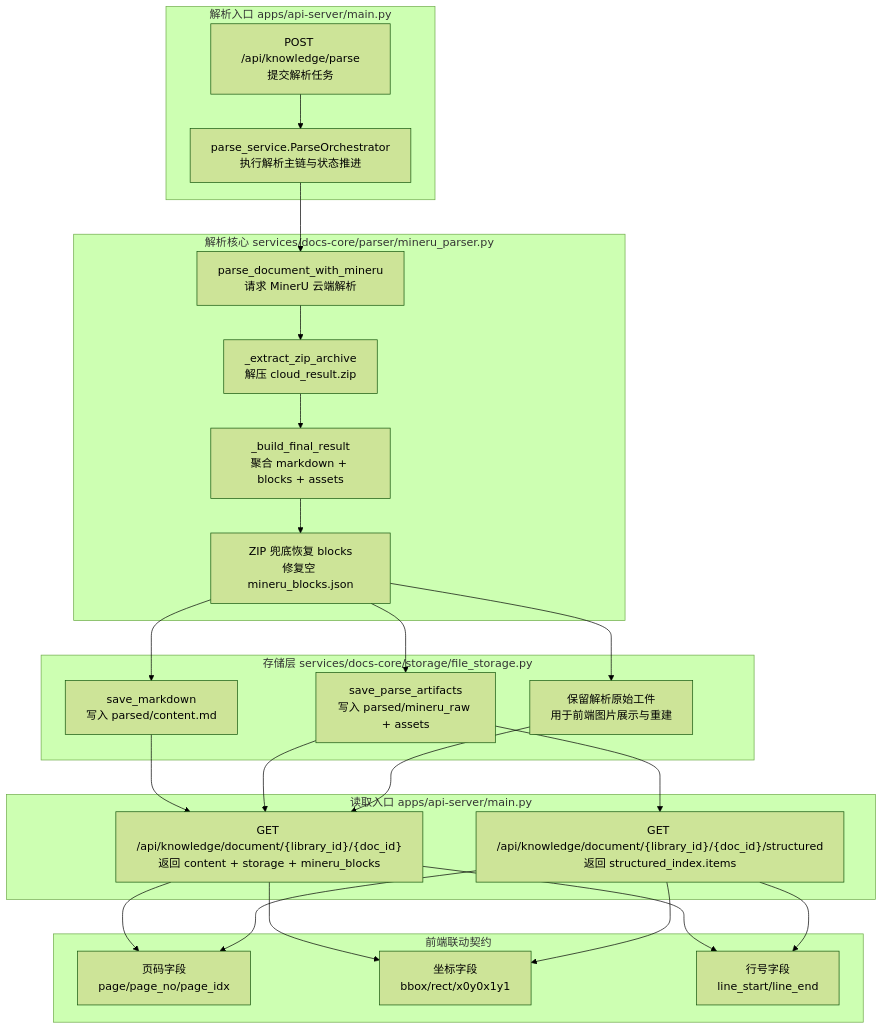
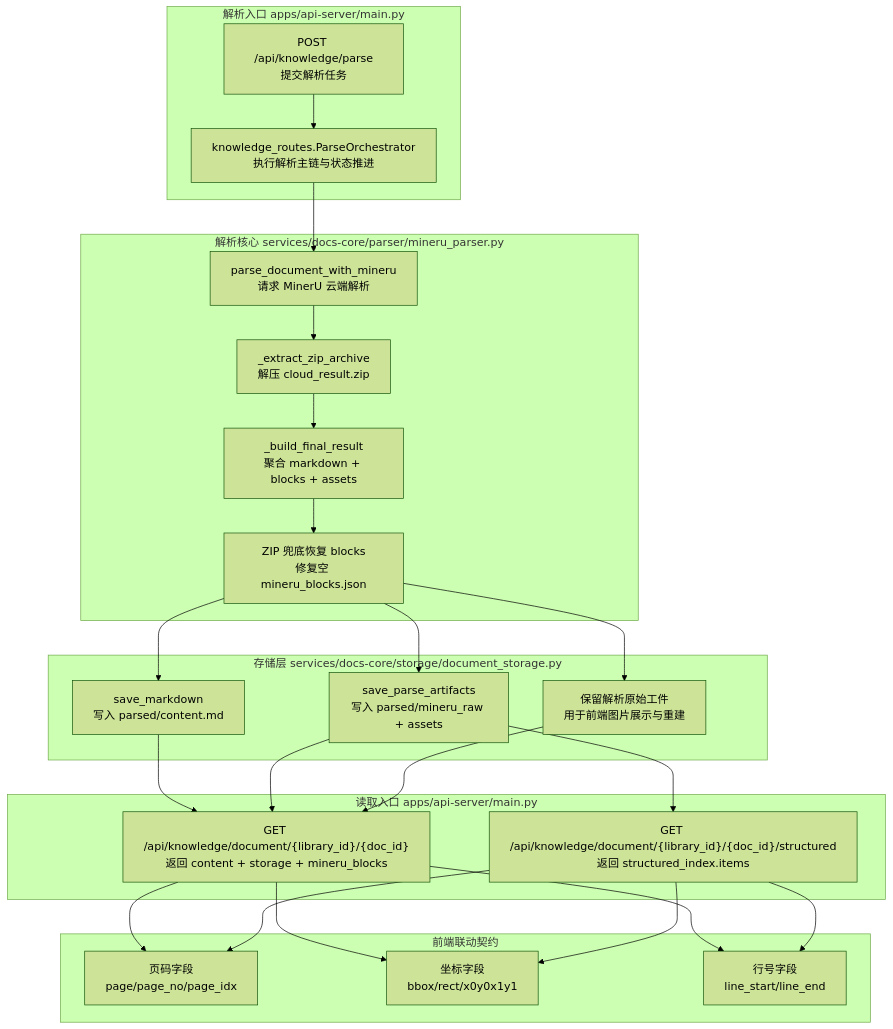
One commit to 0mao0/PicoAgent changed the third of 3 diagrams in services/Techniques.md. Above: the diagram before and after it, drawn with Mermaid (forest theme). The commit also changed other lines of this file and 27 other files, not shown here.

````diff
--- a/services/Techniques.md
+++ b/services/Techniques.md
@@ -130,52 +132,52 @@
 ```mermaid
 flowchart TB
   subgraph Ingest["解析入口 apps/api-server/main.py"]
     ParseReq["POST /api/knowledge/parse\n提交解析任务"]
-    ParseTask["parse_service.ParseOrchestrator\n执行解析主链与状态推进"]
+    ParseTask["knowledge_routes.ParseOrchestrator\n执行解析主链与状态推进"]
   end
 
   subgraph Parser["解析核心 services/docs-core/parser/mineru_parser.py"]
     ParseMinerU["parse_document_with_mineru\n请求 MinerU 云端解析"]
     ExtractZip["_extract_zip_archive\n解压 cloud_result.zip"]
     BuildFinal["_build_final_result\n聚合 markdown + blocks + assets"]
     RecoverBlocks["ZIP 兜底恢复 blocks\n修复空 mineru_blocks.json"]
   end
 
-  subgraph Storage["存储层 services/docs-core/storage/file_storage.py"]
+  subgraph Storage["存储层 services/docs-core/storage/document_storage.py"]
     SaveMd["save_markdown\n写入 parsed/content.md"]
     SaveArtifacts["save_parse_artifacts\n写入 parsed/mineru_raw + assets"]
     KeepAssets["保留解析原始工件\n用于前端图片展示与重建"]
   end
 
   subgraph ReadApi["读取入口 apps/api-server/main.py"]
     GetDoc["GET /api/knowledge/document/{library_id}/{doc_id}\n返回 content + storage + mineru_blocks"]
     GetStructured["GET /api/knowledge/document/{library_id}/{doc_id}/structured\n返回 structured_index.items"]
   end
 
   subgraph Contract["前端联动契约"]
     PageFields["页码字段\npage/page_no/page_idx"]
     RectFields["坐标字段\nbbox/rect/x0y0x1y1"]
     LineFields["行号字段\nline_start/line_end"]
   end
 
   ParseReq --> ParseTask
   ParseTask --> ParseMinerU
   ParseMinerU --> ExtractZip
   ExtractZip --> BuildFinal
   BuildFinal --> RecoverBlocks
   RecoverBlocks --> SaveMd
   RecoverBlocks --> SaveArtifacts
   RecoverBlocks --> KeepAssets
 
   SaveMd --> GetDoc
   SaveArtifacts --> GetDoc
   SaveArtifacts --> GetStructured
   KeepAssets --> GetDoc
 
   GetDoc --> PageFields
   GetStructured --> PageFields
   GetDoc --> RectFields
   GetStructured --> RectFields
   GetDoc --> LineFields
   GetStructured --> LineFields
 ```
````
